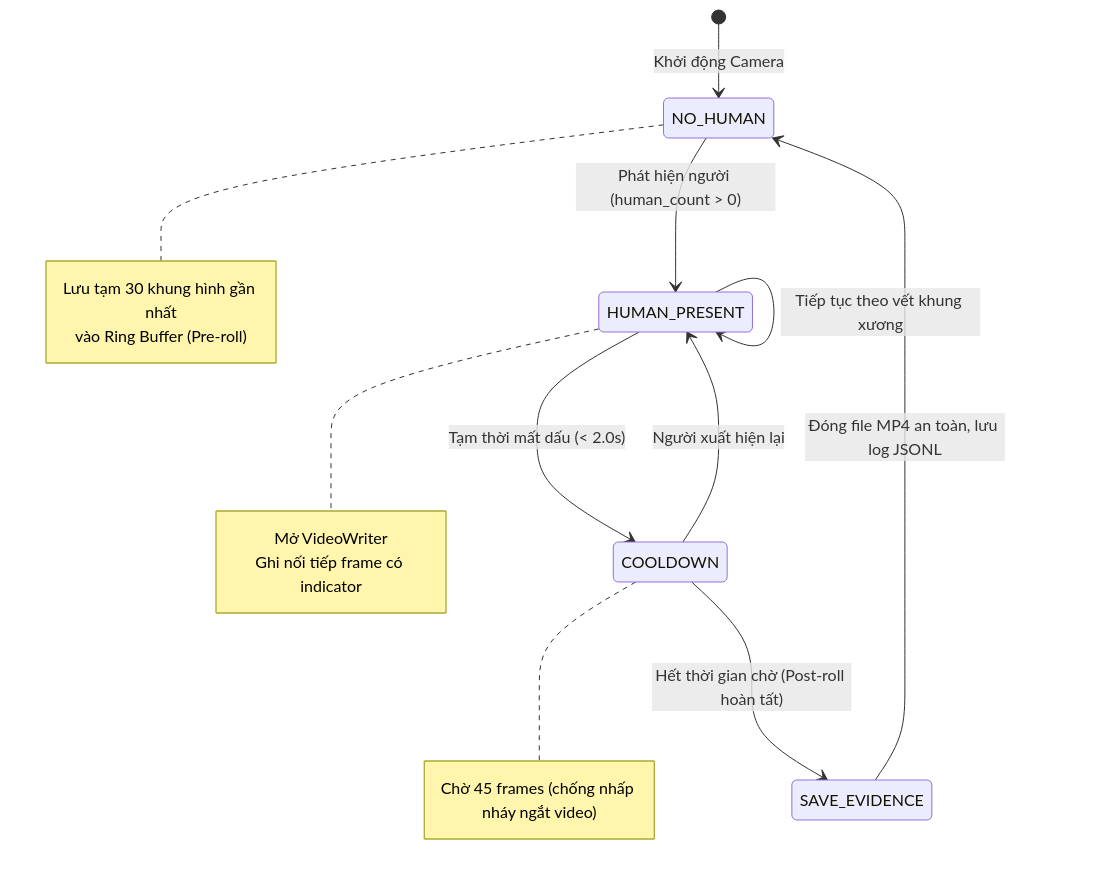
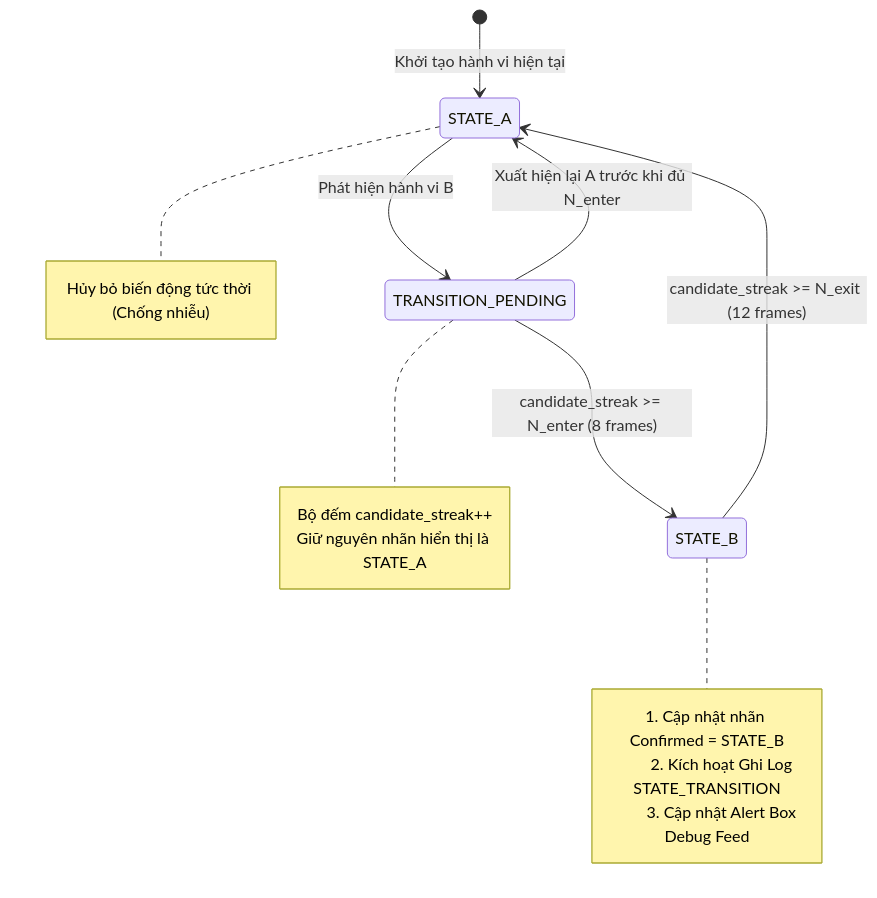
Before and after one commit to khoa36015/Hackathon-Test-: the second of 2 diagrams in HUMAN DETECT/SPEC.md, drawn with Mermaid. The commit also changed other lines of this file and 12 other files, not shown here.

````diff
--- a/HUMAN DETECT/SPEC.md
+++ b/HUMAN DETECT/SPEC.md
@@ -108,26 +105,24 @@
 ```mermaid
 stateDiagram-v2
-    [*] --> NO_HUMAN : Khởi động Camera
+    [*] --> STATE_A : Khởi tạo hành vi hiện tại
 
-    NO_HUMAN --> HUMAN_PRESENT : Phát hiện người (human_count > 0)
-    note right of NO_HUMAN
-        Lưu tạm 30 khung hình gần nhất
-        vào Ring Buffer (Pre-roll)
+    STATE_A --> TRANSITION_PENDING : Phát hiện hành vi B
+    note right of TRANSITION_PENDING
+        Bộ đếm candidate_streak++
+        Giữ nguyên nhãn hiển thị là STATE_A
     end note
 
-    HUMAN_PRESENT --> HUMAN_PRESENT : Tiếp tục theo vết khung xương
-    note right of HUMAN_PRESENT
-        Mở VideoWriter
-        Ghi nối tiếp frame có indicator
+    TRANSITION_PENDING --> STATE_A : Xuất hiện lại A trước khi đủ N_enter
+    note right of STATE_A
+        Hủy bỏ biến động tức thời (Chống nhiễu)
     end note
 
-    HUMAN_PRESENT --> COOLDOWN : Tạm thời mất dấu (< 2.0s)
-    note right of COOLDOWN
-        Chờ 45 frames (chống nhấp nháy ngắt video)
+    TRANSITION_PENDING --> STATE_B : candidate_streak >= N_enter (8 frames)
+    note right of STATE_B
+        1. Cập nhật nhãn Confirmed = STATE_B
+        2. Kích hoạt Ghi Log STATE_TRANSITION
+        3. Cập nhật Alert Box Debug Feed
     end note
 
-    COOLDOWN --> HUMAN_PRESENT : Người xuất hiện lại
-    COOLDOWN --> SAVE_EVIDENCE : Hết thời gian chờ (Post-roll hoàn tất)
-
-    SAVE_EVIDENCE --> NO_HUMAN : Đóng file MP4 an toàn, lưu log JSONL
+    STATE_B --> STATE_A : candidate_streak >= N_exit (12 frames)
 ```
````
